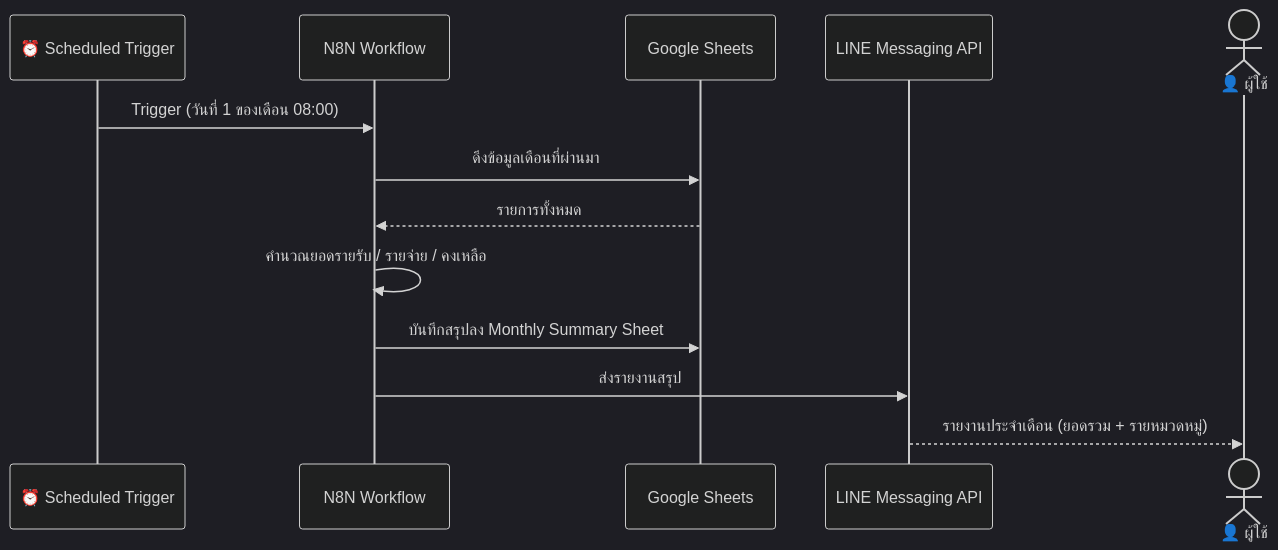
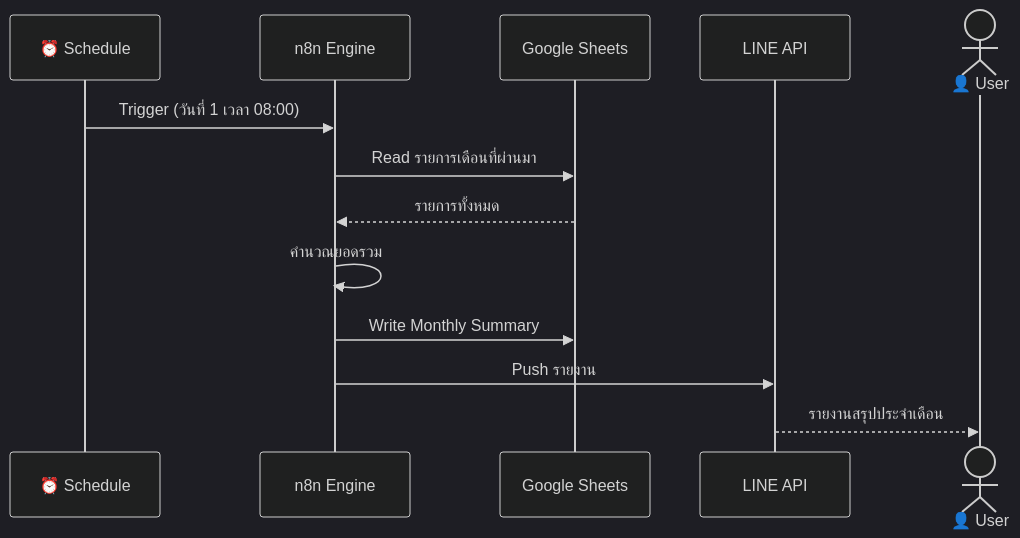
The fifth of 5 diagrams in README.md (Sayhighz/personal-accounting), drawn with Mermaid (dark theme) before and after one commit. The commit also changed other lines of this file, not shown here.

First line of the commit message:
feat: redesign README with Mermaid diagrams and repo structure

````diff
--- a/README.md
+++ b/README.md
@@ -89,16 +115,16 @@
 ```mermaid
 sequenceDiagram
-    participant CRON as ⏰ Scheduled Trigger
-    participant N8N as N8N Workflow
-    participant GS as Google Sheets
-    participant LINE as LINE Messaging API
-    actor User as 👤 ผู้ใช้
+    participant CRON as ⏰ Schedule
+    participant N8N  as n8n Engine
+    participant GS   as Google Sheets
+    participant LINE as LINE API
+    actor User as 👤 User
 
-    CRON->>N8N: Trigger (วันที่ 1 ของเดือน 08:00)
-    N8N->>GS: ดึงข้อมูลเดือนที่ผ่านมา
-    GS-->>N8N: รายการทั้งหมด
-    N8N->>N8N: คำนวณยอดรายรับ / รายจ่าย / คงเหลือ
-    N8N->>GS: บันทึกสรุปลง Monthly Summary Sheet
-    N8N->>LINE: ส่งรายงานสรุป
-    LINE-->>User: รายงานประจำเดือน (ยอดรวม + รายหมวดหมู่)
+    CRON  ->> N8N  : Trigger (วันที่ 1 เวลา 08:00)
+    N8N   ->> GS   : Read รายการเดือนที่ผ่านมา
+    GS   -->> N8N  : รายการทั้งหมด
+    N8N   ->> N8N  : คำนวณยอดรวม
+    N8N   ->> GS   : Write Monthly Summary
+    N8N   ->> LINE : Push รายงาน
+    LINE -->> User : รายงานสรุปประจำเดือน
 ```
````
